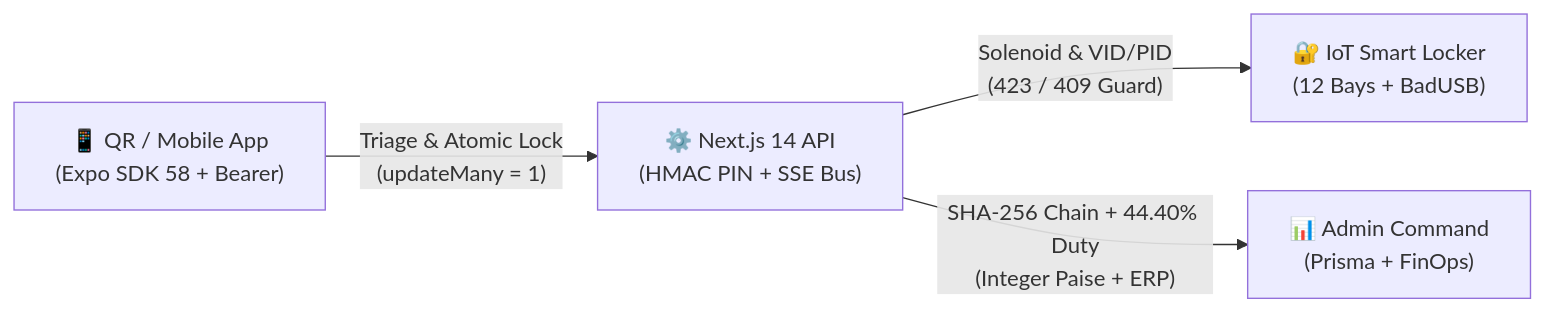
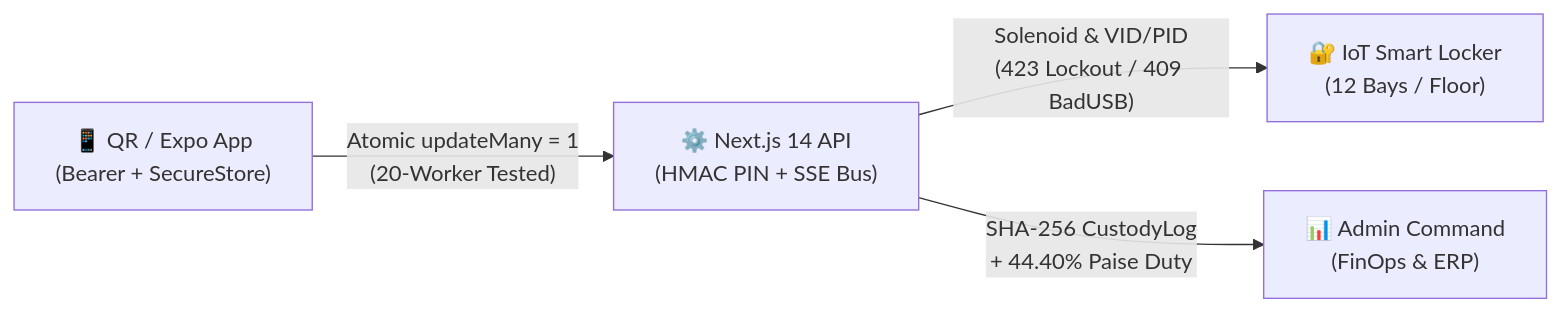
The diagram in outreach/github_profile_readme.md (AgrShubham/resume-maker), drawn with Mermaid before and after one commit. The commit also changed other lines of this file, not shown here.

````diff
--- a/outreach/github_profile_readme.md
+++ b/outreach/github_profile_readme.md
@@ -59,6 +53,6 @@
 ```mermaid
 flowchart LR
-    A["📱 QR / Mobile App<br/>(Expo SDK 58 + Bearer)"] -->|"Triage &amp; Atomic Lock<br/>(updateMany = 1)"| B["⚙️ Next.js 14 API<br/>(HMAC PIN + SSE Bus)"]
-    B -->|"Solenoid &amp; VID/PID<br/>(423 / 409 Guard)"| C["🔐 IoT Smart Locker<br/>(12 Bays + BadUSB)"]
-    B -->|"SHA-256 Chain + 44.40% Duty<br/>(Integer Paise + ERP)"| D["📊 Admin Command<br/>(Prisma + FinOps)"]
+    A["📱 QR / Expo App<br/>(Bearer + SecureStore)"] -->|"Atomic updateMany = 1<br/>(20-Worker Tested)"| B["⚙️ Next.js 14 API<br/>(HMAC PIN + SSE Bus)"]
+    B -->|"Solenoid &amp; VID/PID<br/>(423 Lockout / 409 BadUSB)"| C["🔐 IoT Smart Locker<br/>(12 Bays / Floor)"]
+    B -->|"SHA-256 CustodyLog<br/>+ 44.40% Paise Duty"| D["📊 Admin Command<br/>(FinOps &amp; ERP)"]
 ```
````
